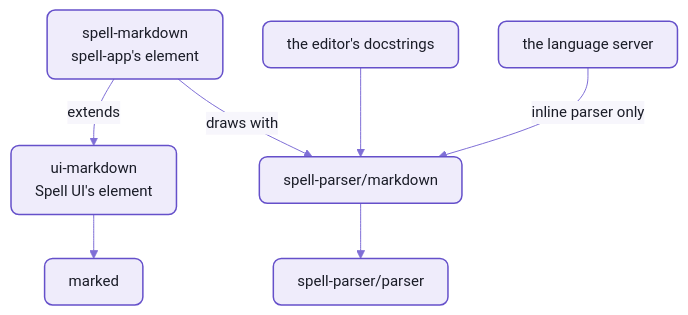
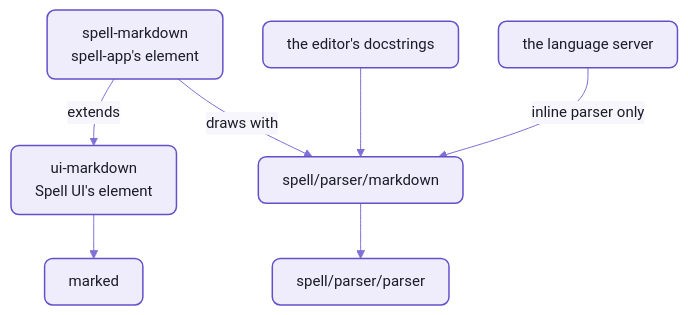
The second of 2 diagrams in parser/README-markdown.md (spell-app/spell), drawn with Mermaid before and after one commit. The commit also changed other lines of this file and 2812 other files, not shown here.

Commit message:
repo-split P20:  One Repo -- spell rename imports over the merged repo:  spell-ui/x => spell/ui/x (and parser, epic, app), each <repo>-source => spell-source, paths naming the old folders => the new (../spell-ui/ => ../ui/), GitHub links into the old repos' files => the merged repo's

````diff
--- a/parser/README-markdown.md
+++ b/parser/README-markdown.md
@@ -279,12 +279,12 @@
 ```mermaid
 %%{init: {"theme":"base","themeVariables":{"fontFamily":"-apple-system, BlinkMacSystemFont, Segoe UI, Helvetica, Arial, sans-serif","fontSize":"15px","primaryColor":"#EFECFB","primaryBorderColor":"#6550CA","primaryTextColor":"#1A1C27","secondaryColor":"#F4F1E9","tertiaryColor":"#F7F6FC","lineColor":"#7F6FD6","textColor":"#7F6FD6","clusterBkg":"#F7F6FC","clusterBorder":"#B9B0E8","titleColor":"#1A1C27","edgeLabelBackground":"#F7F6FC","actorBkg":"#EFECFB","actorBorder":"#6550CA","actorTextColor":"#1A1C27","actorLineColor":"#9C90DE","signalColor":"#7F6FD6","signalTextColor":"#7F6FD6","labelBoxBkgColor":"#EFECFB","labelBoxBorderColor":"#6550CA","labelTextColor":"#1A1C27","loopTextColor":"#7F6FD6","noteBkgColor":"#F1E7D4","noteBorderColor":"#C9B48A","noteTextColor":"#1A1C27","activationBkgColor":"#DCD6F7","activationBorderColor":"#6550CA","sequenceNumberColor":"#FFFFFF"},"flowchart":{"curve":"basis","padding":12,"nodeSpacing":40,"rankSpacing":44}}}%%
 flowchart TB
   spmd["spell-markdown<br/>spell-app's element"] -- extends --> uimd["ui-markdown<br/>Spell UI's element"]
-  spmd -- "draws with" --> md["spell-parser/markdown"]
+  spmd -- "draws with" --> md["spell/parser/markdown"]
   docs["the editor's docstrings"] --> md
   lsp["the language server"] -- "inline parser only" --> md
   uimd --> marked["marked"]
-  md --> parser["spell-parser/parser"]
+  md --> parser["spell/parser/parser"]
   %% the Spell look:  yarn mermaid:pretty
   classDef default fill:#EFECFB,stroke:#6550CA,stroke-width:1.5px,color:#1A1C27,rx:8px,ry:8px
 ```
````
